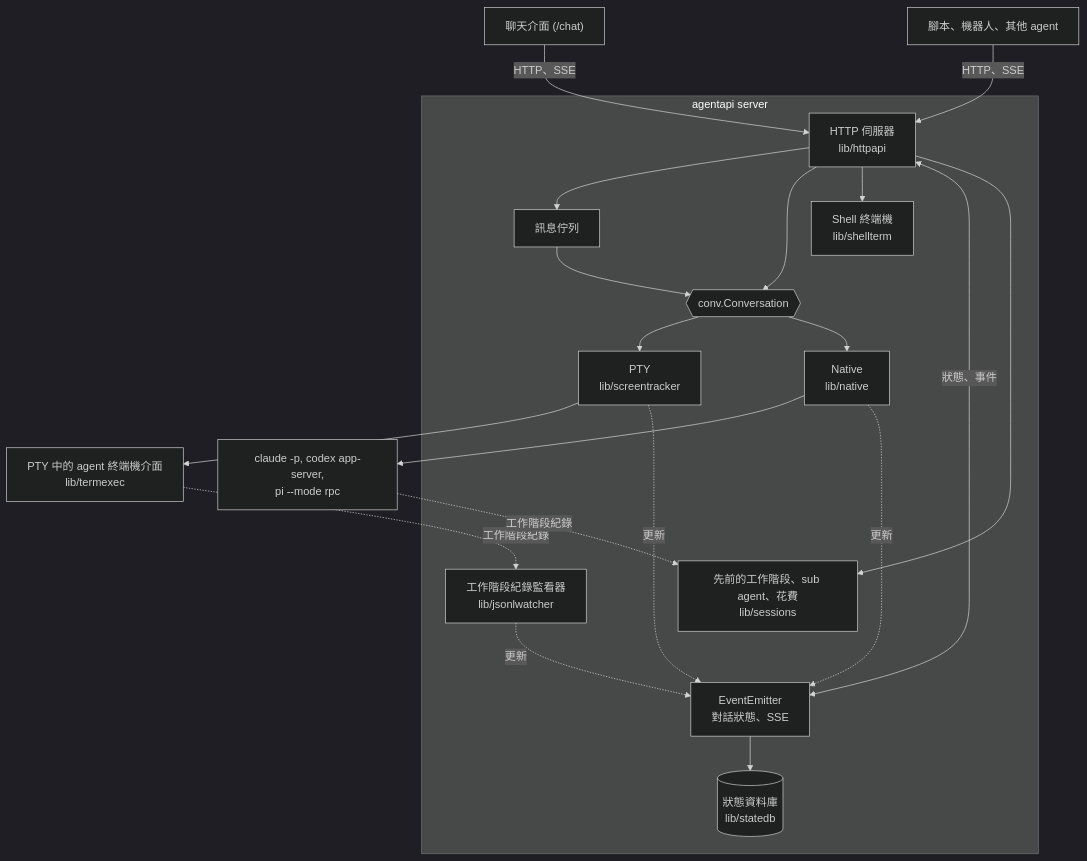
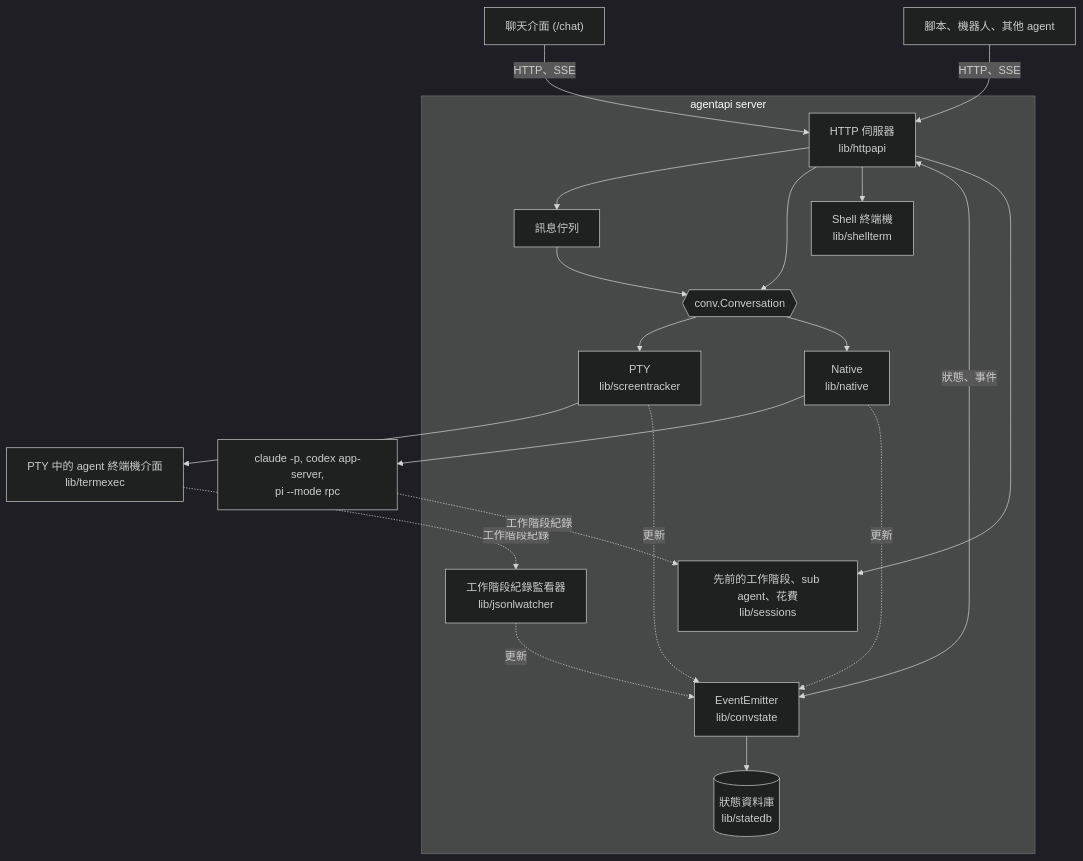
One commit to k1dav-c/agentapi changed the first of 3 diagrams in docs/architecture.zh-TW.md. Above: the diagram before and after it, drawn with Mermaid (dark theme). The commit also changed other lines of this file and 3 other files, not shown here.

````diff
--- a/docs/architecture.zh-TW.md
+++ b/docs/architecture.zh-TW.md
@@ -32,34 +32,34 @@
 ```mermaid
 flowchart TB
   chat["聊天介面 (/chat)"]
   tools["腳本、機器人、其他 agent"]
   subgraph server["agentapi server"]
     http["HTTP 伺服器<br/>lib/httpapi"]
     queue["訊息佇列"]
-    emitter["EventEmitter<br/>對話狀態、SSE"]
+    emitter["EventEmitter<br/>lib/convstate"]
     db[("狀態資料庫<br/>lib/statedb")]
     shell["Shell 終端機<br/>lib/shellterm"]
     conv{{"conv.Conversation"}}
     pty["PTY<br/>lib/screentracker"]
     native["Native<br/>lib/native"]
     jsonl["工作階段紀錄監看器<br/>lib/jsonlwatcher"]
     sessions["先前的工作階段、sub agent、花費<br/>lib/sessions"]
   end
   tui["PTY 中的 agent 終端機介面<br/>lib/termexec"]
   proto["claude -p, codex app-server,<br/>pi --mode rpc"]
   chat -- "HTTP、SSE" --> http
   tools -- "HTTP、SSE" --> http
   http --> queue --> conv
   http --> conv
   http --> shell
   http <-- "狀態、事件" --> emitter
   emitter --> db
   conv --> pty --> tui
   conv --> native --> proto
   tui -. "工作階段紀錄" .-> jsonl
   pty -. "更新" .-> emitter
   native -. "更新" .-> emitter
   jsonl -. "更新" .-> emitter
   http --> sessions
   proto -. "工作階段紀錄" .-> sessions
 ```
````
